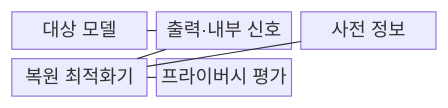
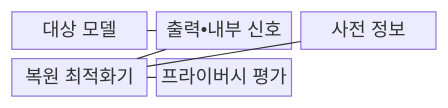
One commit to agnusdei1207/knowledge-base changed the first of 2 diagrams in src/content/docs/notes/05-security/082_model_inversion_attack.md. Above: the diagram before and after it, drawn with Mermaid. The commit also changed other lines of this file and 953 other files, not shown here.

````diff
--- a/src/content/docs/notes/05-security/082_model_inversion_attack.md
+++ b/src/content/docs/notes/05-security/082_model_inversion_attack.md
@@ -63,13 +63,13 @@
 ```mermaid
 block-beta
   columns 3
   A["대상 모델"]
-  B["출력·내부 신호"]
+  B["출력•내부 신호"]
   C["사전 정보"]
   D["복원 최적화기"]
   E["프라이버시 평가"]
   A --- B
   B --- D
   C --- D
   D --- E
 ```
````
